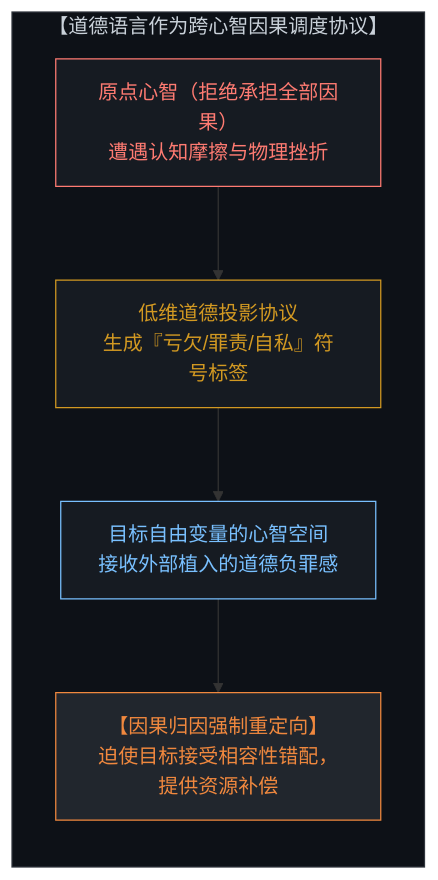
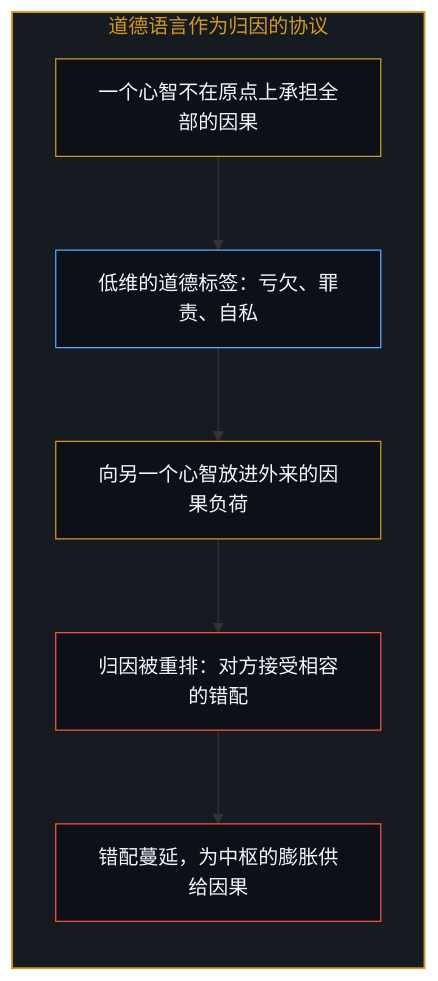
Before and after one commit to powerpig99/not-a-toe: the fifth of 12 diagrams in content/posts/the-power-law-of-surrendered-agency.md, drawn with Mermaid. The commit also changed other lines of this file and 2 other files, not shown here.

Commit message:
Refine the-power-law-of-surrendered-agency: alternating bilingual layout, six paired diagrams, implicit first person

````diff
--- a/content/posts/the-power-law-of-surrendered-agency.md
+++ b/content/posts/the-power-law-of-surrendered-agency.md
@@ -140,18 +137,22 @@
 ```mermaid
-graph TD
-    subgraph MoralProtocol["【道德语言作为跨心智因果调度协议】"]
+flowchart TD
+    subgraph S_Moral["道德语言作为归因的协议"]
         direction TB
-        OriginAgent["原点心智（拒绝承担全部因果）<br>遭遇认知摩擦与物理挫折"]
-        LowDimProjection["低维道德投影协议<br>生成『亏欠/罪责/自私』符号标签"]
-        ExternalMind["目标自由变量的心智空间<br>接收外部植入的道德负罪感"]
-        CausalReroute["【因果归因强制重定向】<br>迫使目标接受相容性错配，提供资源补偿"]
-        OriginAgent --> LowDimProjection
-        LowDimProjection --> ExternalMind
-        ExternalMind --> CausalReroute
+        Decline["一个心智不在原点上承担全部的因果"]
+        Label["低维的道德标签：亏欠、罪责、自私"]
+        Load["向另一个心智放进外来的因果负荷"]
+        Reroute["归因被重排：对方接受相容的错配"]
+        Feed["错配蔓延，为中枢的膨胀供给因果"]
+        Decline --> Label
+        Label --> Load
+        Load --> Reroute
+        Reroute --> Feed
     end
-    style MoralProtocol fill:#0d1117,stroke:#30363d,stroke-width:1px,color:#c9d1d9
-    style OriginAgent fill:#161b22,stroke:#ff7b72,stroke-width:1px,color:#ff7b72
-    style LowDimProjection fill:#161b22,stroke:#d29922,stroke-width:1px,color:#d29922
-    style ExternalMind fill:#161b22,stroke:#79c0ff,stroke-width:1px,color:#79c0ff
-    style CausalReroute fill:#21262d,stroke:#f0883e,color:#f0883e
+
+    style S_Moral fill:#161b22,stroke:#d29922,stroke-width:1.5px,color:#d29922
+    style Decline fill:#0d1117,stroke:#d29922,stroke-width:1px,color:#f0f6fc
+    style Label fill:#0d1117,stroke:#58a6ff,stroke-width:1px,color:#f0f6fc
+    style Load fill:#0d1117,stroke:#d29922,stroke-width:1px,color:#f0f6fc
+    style Reroute fill:#0d1117,stroke:#f85149,stroke-width:1px,color:#f0f6fc
+    style Feed fill:#0d1117,stroke:#f85149,stroke-width:1px,color:#f0f6fc
 ```
````
